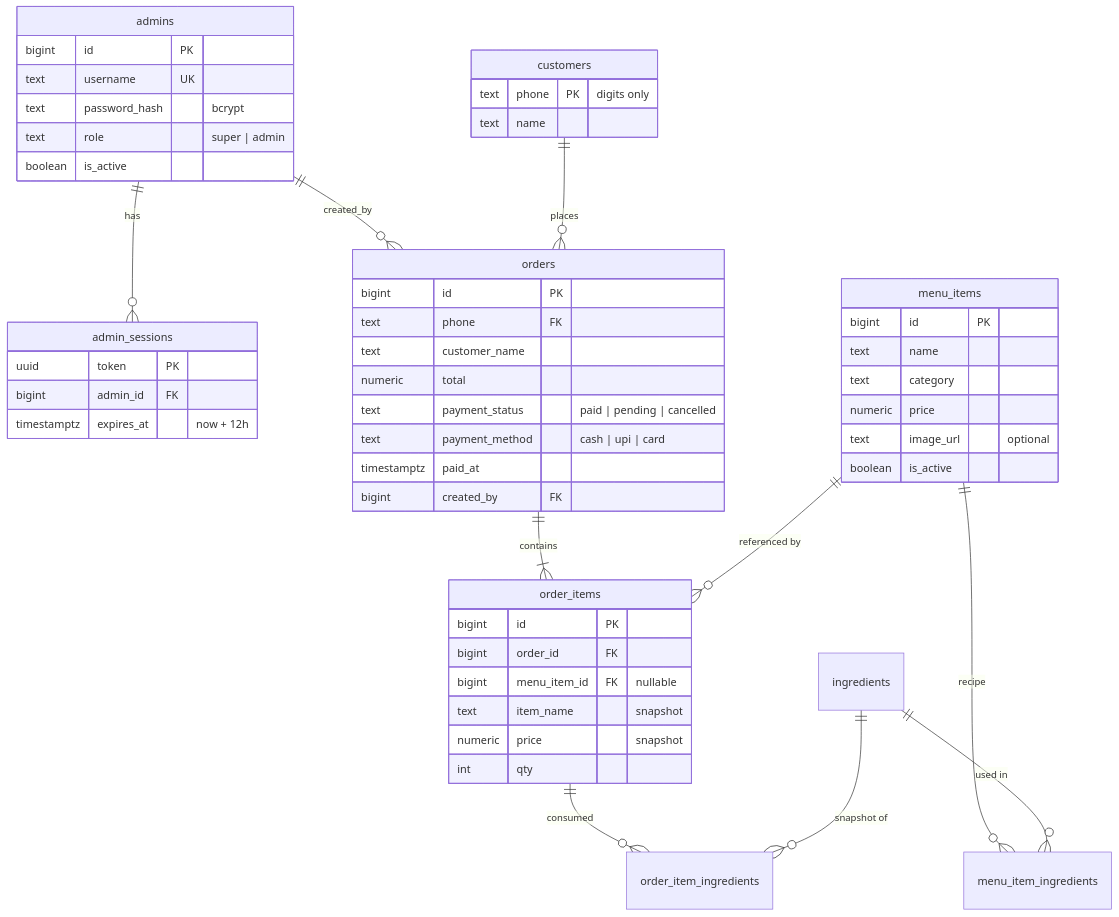
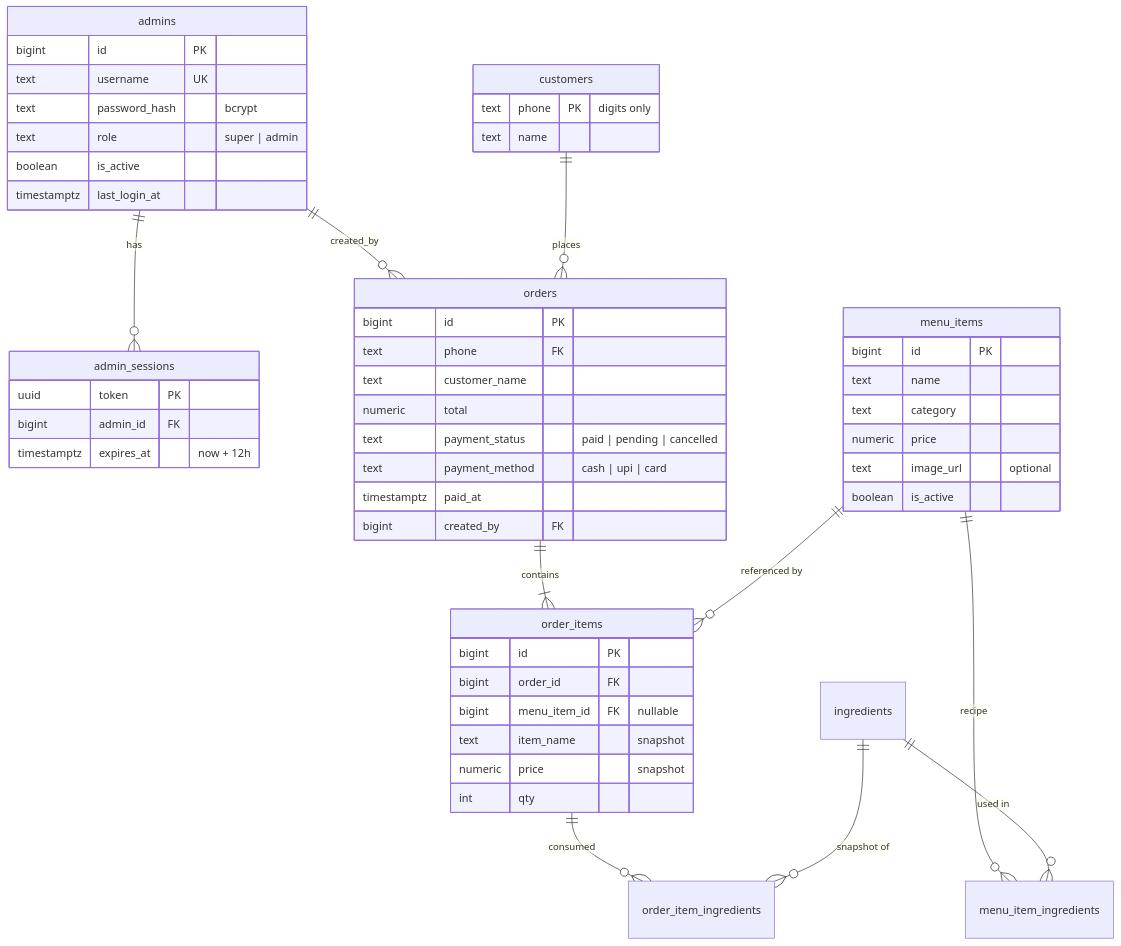
The second of 4 diagrams in docs/ARCHITECTURE.md (ogfoods/pos), drawn with Mermaid before and after one commit. The commit also changed other lines of this file and 18 other files, not shown here.

````diff
--- a/docs/ARCHITECTURE.md
+++ b/docs/ARCHITECTURE.md
@@ -78,55 +84,56 @@
 ```mermaid
 erDiagram
     admins ||--o{ admin_sessions : has
     admins ||--o{ orders : "created_by"
     customers ||--o{ orders : places
     orders ||--|{ order_items : contains
     menu_items ||--o{ order_items : "referenced by"
     menu_items ||--o{ menu_item_ingredients : recipe
     ingredients ||--o{ menu_item_ingredients : "used in"
     order_items ||--o{ order_item_ingredients : consumed
     ingredients ||--o{ order_item_ingredients : "snapshot of"
 
     admins {
         bigint id PK
         text username UK
         text password_hash "bcrypt"
         text role "super | admin"
         boolean is_active
+        timestamptz last_login_at
     }
     admin_sessions {
         uuid token PK
         bigint admin_id FK
         timestamptz expires_at "now + 12h"
     }
     menu_items {
         bigint id PK
         text name
         text category
         numeric price
         text image_url "optional"
         boolean is_active
     }
     customers {
         text phone PK "digits only"
         text name
     }
     orders {
         bigint id PK
         text phone FK
         text customer_name
         numeric total
         text payment_status "paid | pending | cancelled"
         text payment_method "cash | upi | card"
         timestamptz paid_at
         bigint created_by FK
     }
     order_items {
         bigint id PK
         bigint order_id FK
         bigint menu_item_id FK "nullable"
         text item_name "snapshot"
         numeric price "snapshot"
         int qty
     }
 ```
````
